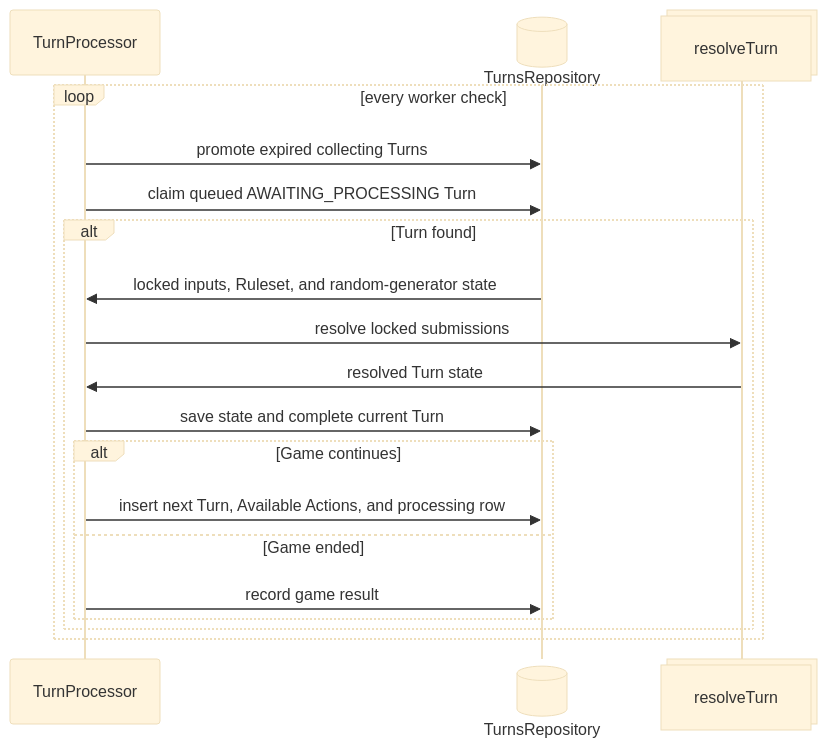
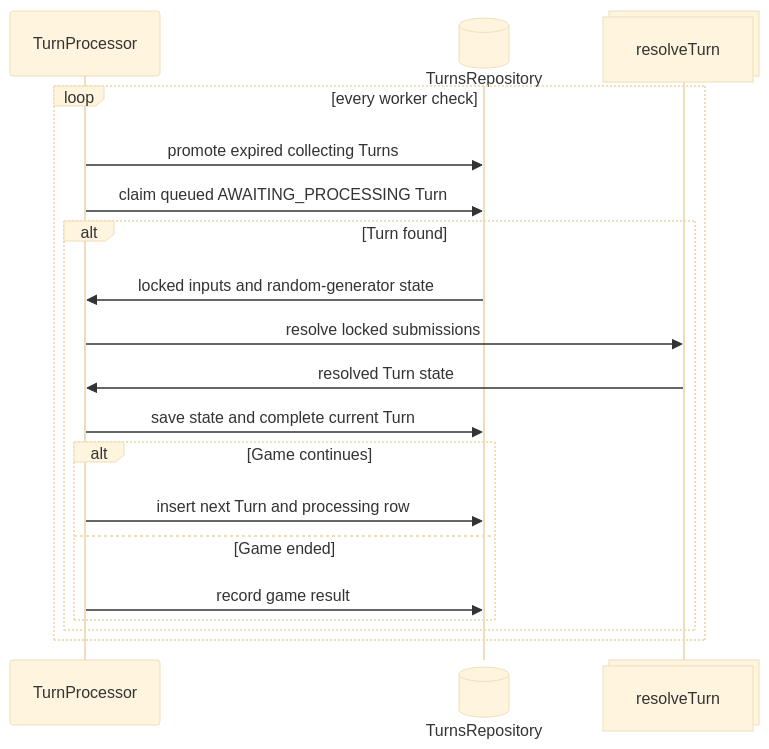
One commit to Guillaume-Docquier/text-based-browser-game-1 changed the diagram in docs/architecture/turn-processing.md. Above: the diagram before and after it, drawn with Mermaid (base theme). The commit also changed other lines of this file and 24 other files, not shown here.

````diff
--- a/docs/architecture/turn-processing.md
+++ b/docs/architecture/turn-processing.md
@@ -18,21 +20,21 @@
 ```mermaid
 sequenceDiagram
         participant P3 as TurnProcessor
         participant P1@{ "type": "database" } as TurnsRepository
         participant P2@{ "type": "collections" } as resolveTurn
         loop every worker check
           P3->>P1: promote expired collecting Turns
           P3->>P1: claim queued AWAITING_PROCESSING Turn
           alt Turn found
-            P1->>P3: locked inputs, Ruleset, and random-generator state
+            P1->>P3: locked inputs and random-generator state
             P3->>P2: resolve locked submissions
             P2->>P3: resolved Turn state
             P3->>P1: save state and complete current Turn
             alt Game continues
-              P3->>P1: insert next Turn, Available Actions, and processing row
+              P3->>P1: insert next Turn and processing row
             else Game ended
               P3->>P1: record game result
             end
           end
         end
 ```
````
